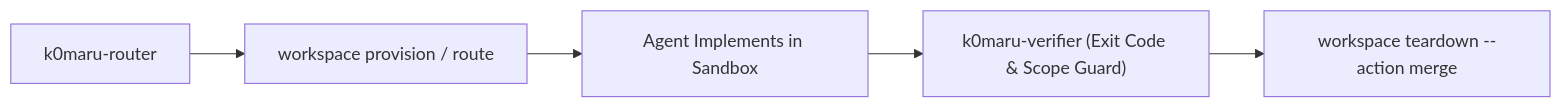
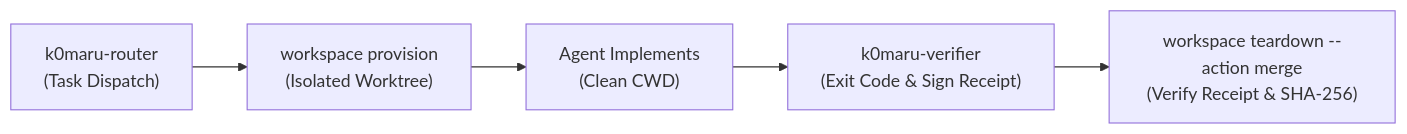
Before and after one commit to K0maru/k0maru-agent-workspace: the third of 3 diagrams in README.md, drawn with Mermaid. The commit also changed other lines of this file and 1 other file, not shown here.

Commit message:
docs(readme): document No-Receipt-No-Merge invariant and SHA-256 patch verification

````diff
--- a/README.md
+++ b/README.md
@@ -138,7 +218,7 @@
   ```mermaid
   flowchart LR
-      Router["k0maru-router"] --> Provision["workspace provision / route"]
-      Provision --> Agent["Agent Implements in Sandbox"]
-      Agent --> Verifier["k0maru-verifier (Exit Code & Scope Guard)"]
-      Verifier --> Merge["workspace teardown --action merge"]
+      Router["k0maru-router<br/>(Task Dispatch)"] --> Provision["workspace provision<br/>(Isolated Worktree)"]
+      Provision --> Agent["Agent Implements<br/>(Clean CWD)"]
+      Agent --> Verifier["k0maru-verifier<br/>(Exit Code & Sign Receipt)"]
+      Verifier --> Merge["workspace teardown --action merge<br/>(Verify Receipt & SHA-256)"]
   ```
````
